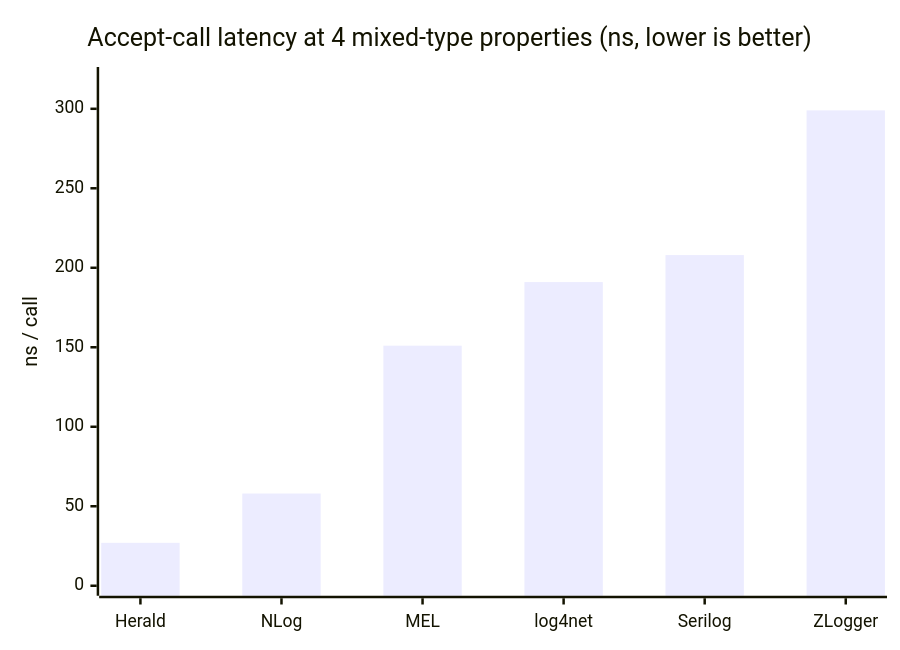
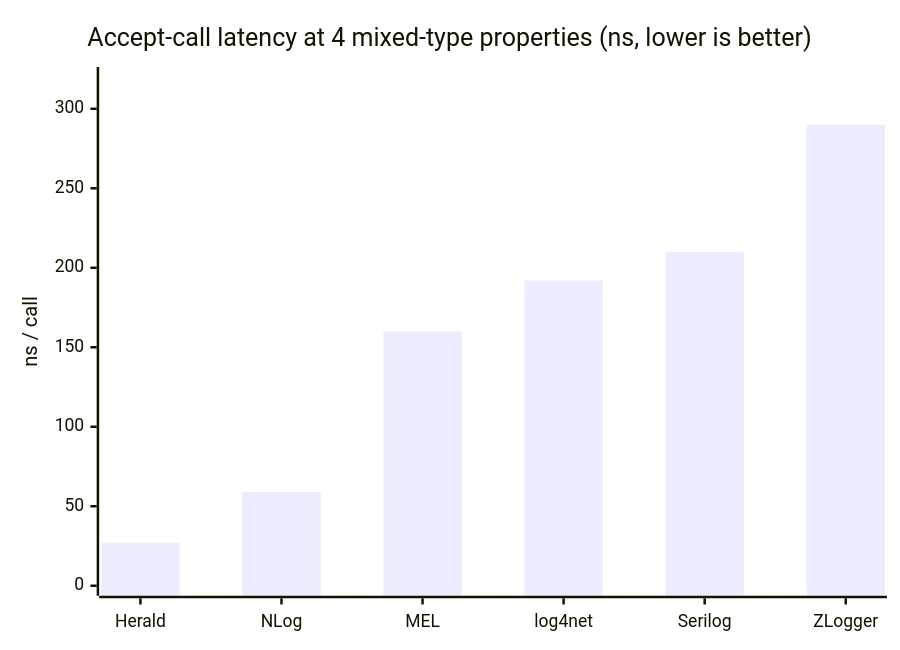
The first of 5 diagrams in docs/benchmarks/consolidated-benchmarks.md (mmpworks/Herald.OSS), drawn with Mermaid before and after one commit. The commit also changed other lines of this file and 20 other files, not shown here.

````diff
--- a/docs/benchmarks/consolidated-benchmarks.md
+++ b/docs/benchmarks/consolidated-benchmarks.md
@@ -44,7 +56,7 @@
 ```mermaid
 xychart-beta
     title "Accept-call latency at 4 mixed-type properties (ns, lower is better)"
     x-axis ["Herald", "NLog", "MEL", "log4net", "Serilog", "ZLogger"]
     y-axis "ns / call" 0 --> 320
-    bar [27, 58, 151, 191, 208, 299]
+    bar [27, 59, 160, 192, 210, 290]
 ```
````
